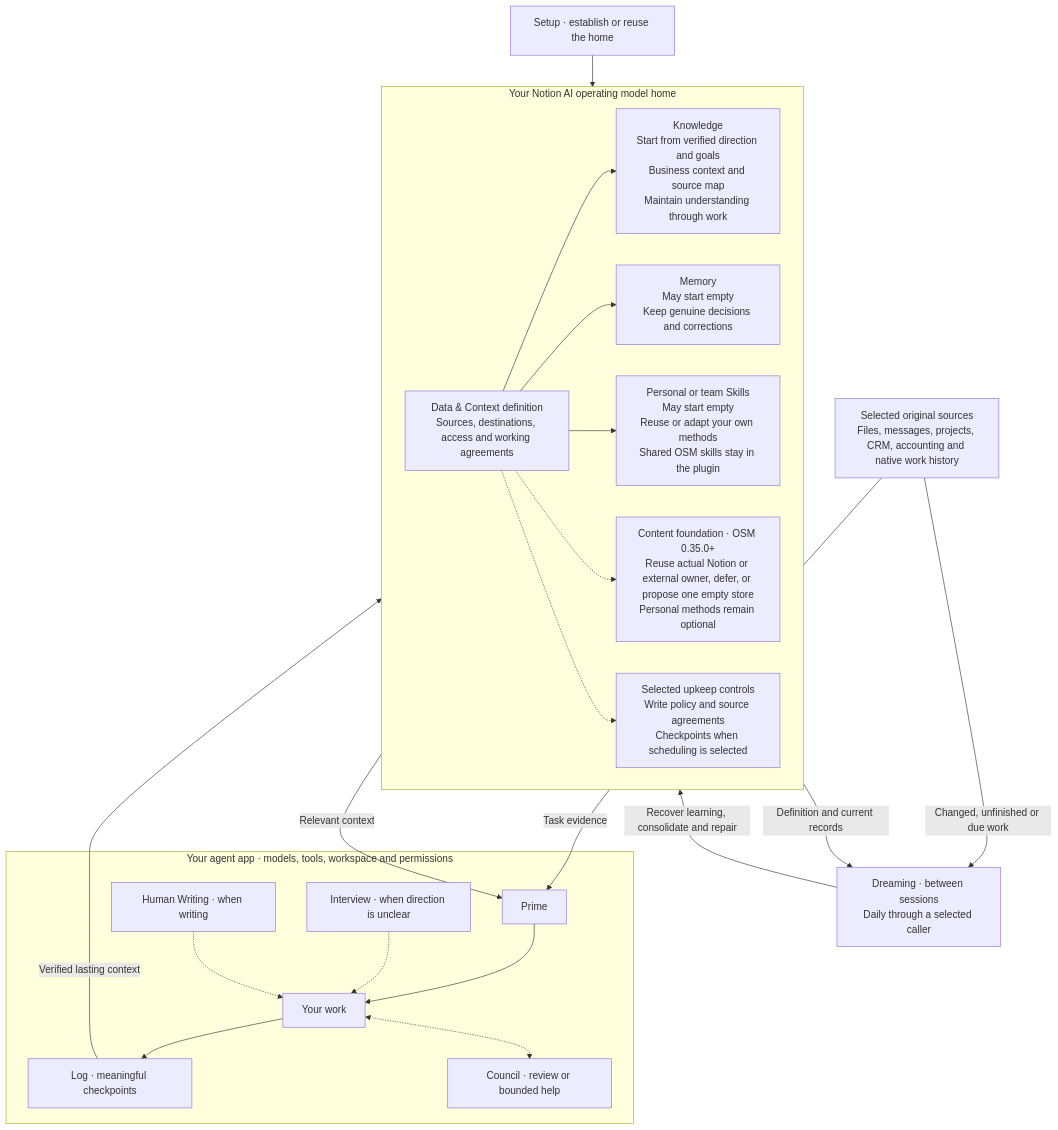
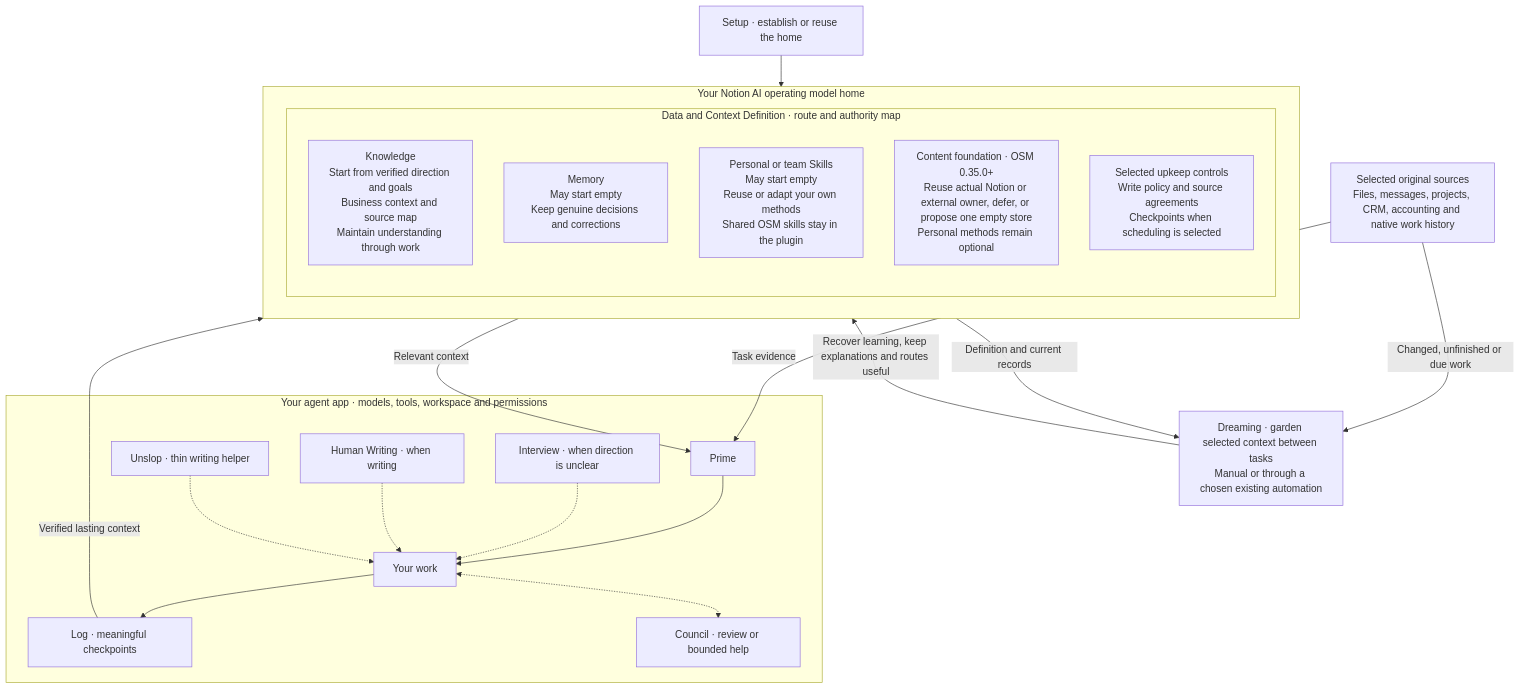
Before and after one commit to onlinesourdough/OSM-plugin: the diagram in docs-publisher/originals/notion.guide.diagram.md, drawn with Mermaid. The commit also changed other lines of this file and 37 other files, not shown here.

````diff
--- a/docs-publisher/originals/notion.guide.diagram.md
+++ b/docs-publisher/originals/notion.guide.diagram.md
@@ -16,36 +16,36 @@
 ```mermaid
 flowchart TB
   SETUP["Setup · establish or reuse the home"]
   SOURCES["Selected original sources<br/>Files, messages, projects, CRM, accounting and native work history"]
   subgraph AGENT["Your agent app · models, tools, workspace and permissions"]
     PRIME["Prime"]
     WORK["Your work"]
     LOG["Log · meaningful checkpoints"]
     INTERVIEW["Interview · when direction is unclear"]
     WRITING["Human Writing · when writing"]
+    UNSLOP["Unslop · thin writing helper"]
     COUNCIL["Council · review or bounded help"]
     PRIME --> WORK --> LOG
     INTERVIEW -.-> WORK
     WRITING -.-> WORK
+    UNSLOP -.-> WORK
     WORK <-.-> COUNCIL
   end
   subgraph HOME["Your Notion AI operating model home"]
-    DEFINITION["Data & Context definition<br/>Sources, destinations, access and working agreements"]
+    subgraph DEFINITION["Data and Context Definition · route and authority map"]
     KNOWLEDGE["Knowledge<br/>Start from verified direction and goals<br/>Business context and source map<br/>Maintain understanding through work"]
     MEMORY["Memory<br/>May start empty<br/>Keep genuine decisions and corrections"]
     SKILLS["Personal or team Skills<br/>May start empty<br/>Reuse or adapt your own methods<br/>Shared OSM skills stay in the plugin"]
     CONTENT["Content foundation · OSM 0.35.0+<br/>Reuse actual Notion or external owner, defer, or propose one empty store<br/>Personal methods remain optional"]
-    DEFINITION --> KNOWLEDGE & MEMORY & SKILLS
-    DEFINITION -.-> CONTENT
     CONTROLS["Selected upkeep controls<br/>Write policy and source agreements<br/>Checkpoints when scheduling is selected"]
-    DEFINITION -.-> CONTROLS
+    end
   end
-  DREAM["Dreaming · between sessions<br/>Daily through a selected caller"]
+  DREAM["Dreaming · garden selected context between tasks<br/>Manual or through a chosen existing automation"]
   SETUP --> HOME
   HOME -->|"Relevant context"| PRIME
   SOURCES -->|"Task evidence"| PRIME
   LOG -->|"Verified lasting context"| HOME
   HOME -->|"Definition and current records"| DREAM
   SOURCES -->|"Changed, unfinished or due work"| DREAM
-  DREAM -->|"Recover learning, consolidate and repair"| HOME
+  DREAM -->|"Recover learning, keep explanations and routes useful"| HOME
 ```
````
